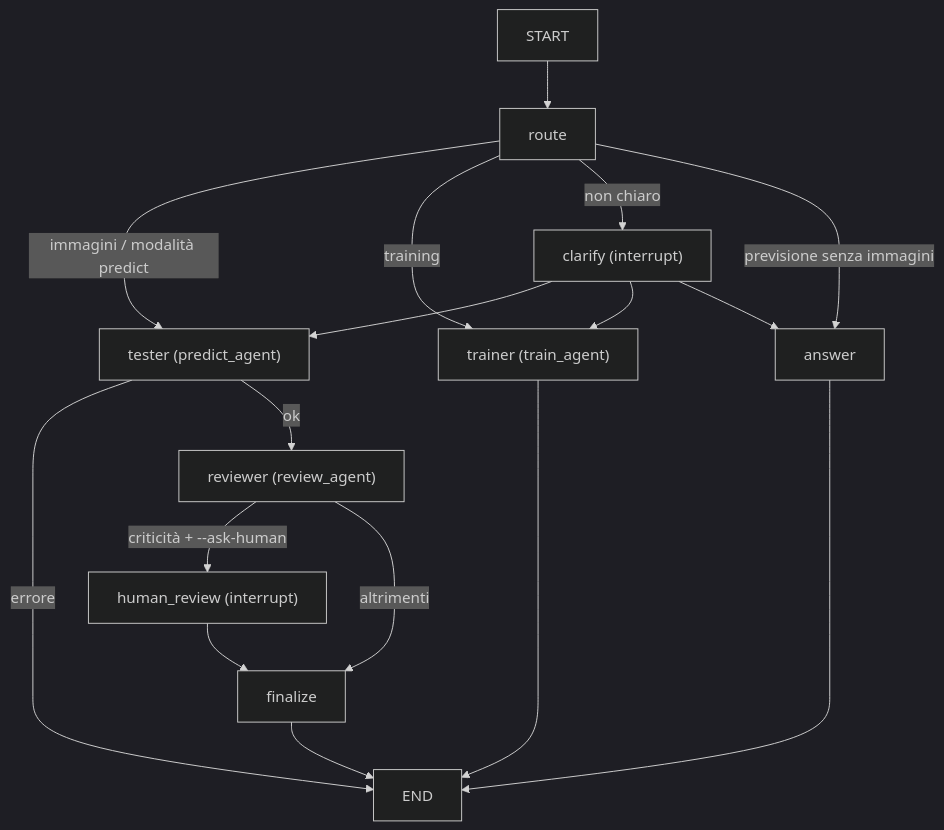
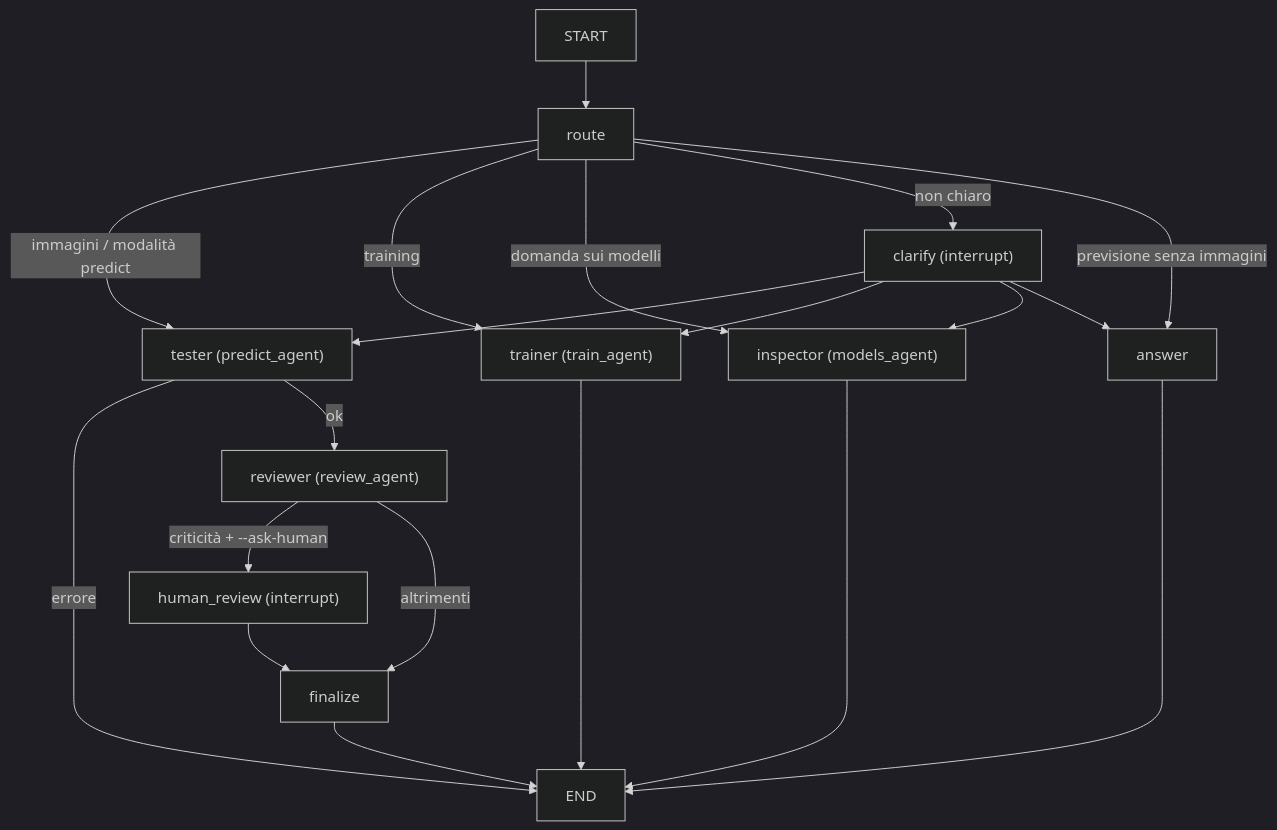
Before and after one commit to EmanueleDamiano/DermaMNIST-agentic_project: the diagram in orchestrator/README.md, drawn with Mermaid (dark theme). The commit also changed other lines of this file and 11 other files, not shown here.

````diff
--- a/orchestrator/README.md
+++ b/orchestrator/README.md
@@ -14,16 +18,18 @@
 ```mermaid
 graph TD
   START --> route
   route -- "immagini / modalità predict" --> tester["tester (predict_agent)"]
   route -- "training" --> trainer["trainer (train_agent)"]
+  route -- "domanda sui modelli" --> inspector["inspector (models_agent)"]
   route -- "non chiaro" --> clarify["clarify (interrupt)"]
   route -- "previsione senza immagini" --> answer
-  clarify --> tester & trainer & answer
+  clarify --> tester & trainer & inspector & answer
   tester -- errore --> END
   tester -- ok --> reviewer["reviewer (review_agent)"]
   reviewer -- "criticità + --ask-human" --> human_review["human_review (interrupt)"]
   reviewer -- altrimenti --> finalize
   human_review --> finalize --> END
   trainer --> END
+  inspector --> END
   answer --> END
 ```
````
